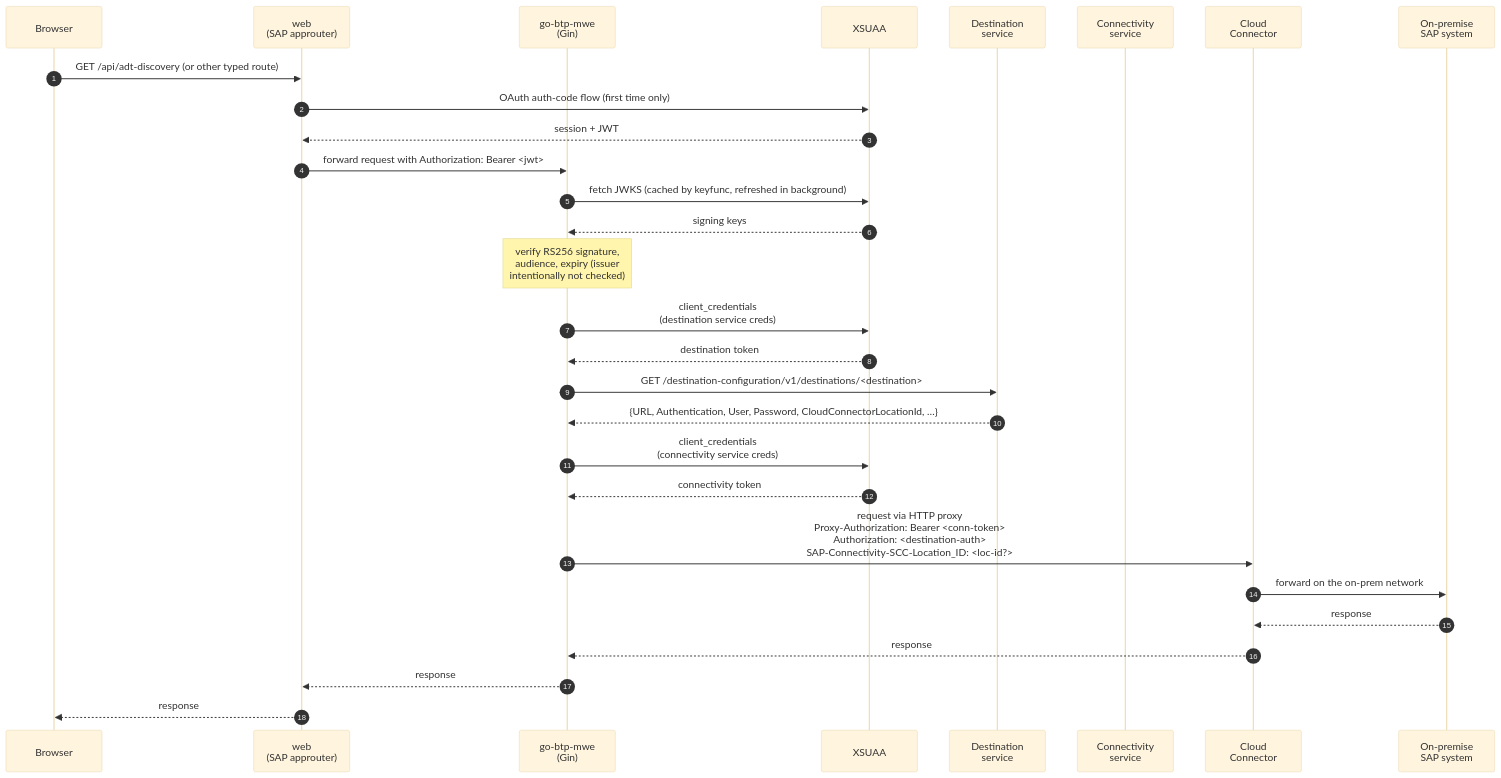
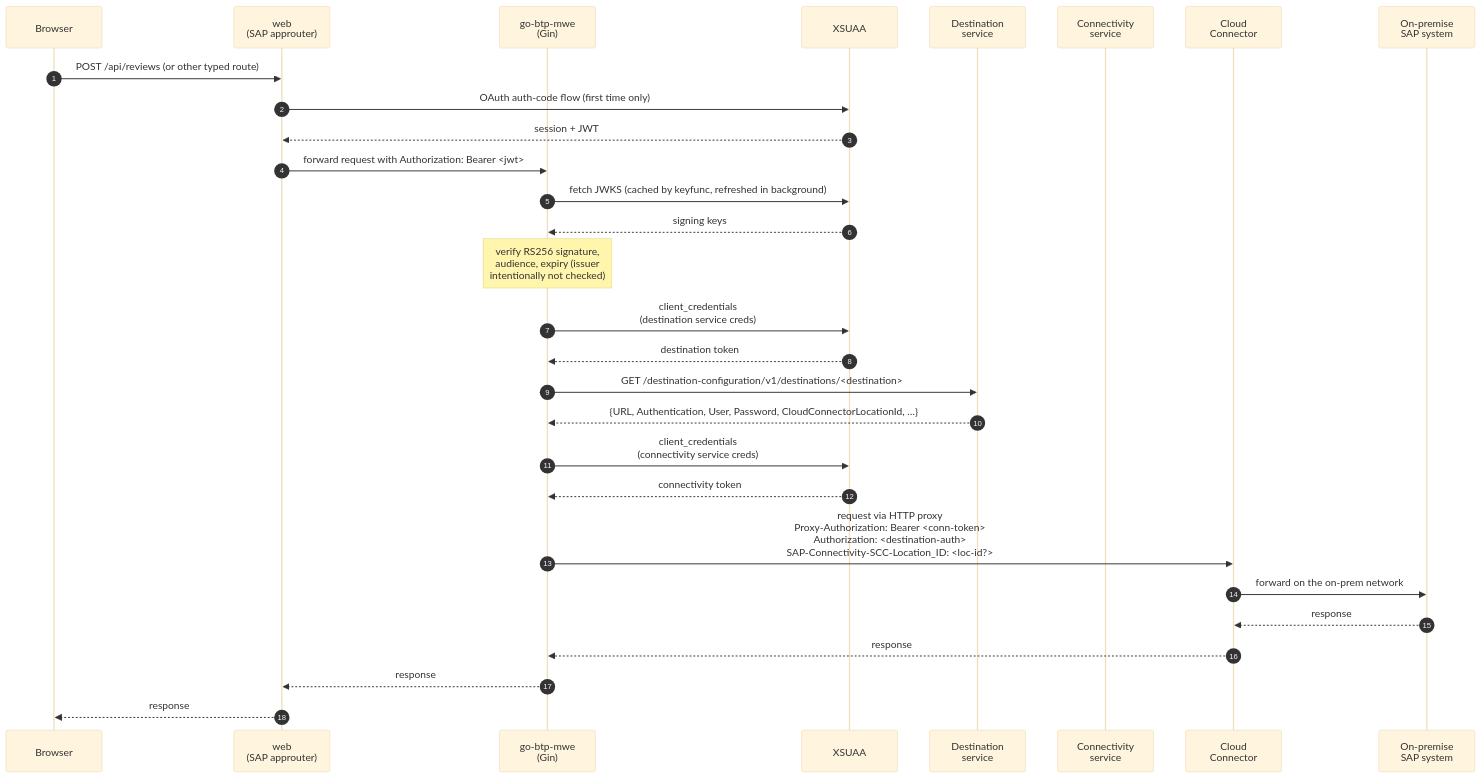
The third of 3 diagrams in README.md (Hochfrequenz/ai-abap-code-review-service), drawn with Mermaid (base theme) before and after one commit. The commit also changed other lines of this file, not shown here.

````diff
--- a/README.md
+++ b/README.md
@@ -973,35 +943,35 @@
 ```mermaid
 sequenceDiagram
     autonumber
     participant Browser
     participant AR as web<br/>(SAP approuter)
     participant Go as go-btp-mwe<br/>(Gin)
     participant XSUAA
     participant Dest as Destination<br/>service
     participant Conn as Connectivity<br/>service
     participant CC as Cloud<br/>Connector
     participant SAP as On-premise<br/>SAP system
 
-    Browser->>AR: GET /api/adt-discovery (or other typed route)
+    Browser->>AR: POST /api/reviews (or other typed route)
     AR->>XSUAA: OAuth auth-code flow (first time only)
     XSUAA-->>AR: session + JWT
     AR->>Go: forward request with Authorization: Bearer <jwt>
     Go->>XSUAA: fetch JWKS (cached by keyfunc, refreshed in background)
     XSUAA-->>Go: signing keys
     Note over Go: verify RS256 signature,<br/>audience, expiry (issuer<br/>intentionally not checked)
 
     Go->>XSUAA: client_credentials<br/>(destination service creds)
     XSUAA-->>Go: destination token
     Go->>Dest: GET /destination-configuration/v1/destinations/<destination>
     Dest-->>Go: {URL, Authentication, User, Password, CloudConnectorLocationId, …}
 
     Go->>XSUAA: client_credentials<br/>(connectivity service creds)
     XSUAA-->>Go: connectivity token
 
     Go->>CC: request via HTTP proxy<br/>Proxy-Authorization: Bearer <conn-token><br/>Authorization: <destination-auth><br/>SAP-Connectivity-SCC-Location_ID: <loc-id?>
     CC->>SAP: forward on the on-prem network
     SAP-->>CC: response
     CC-->>Go: response
     Go-->>AR: response
     AR-->>Browser: response
 ```
````
